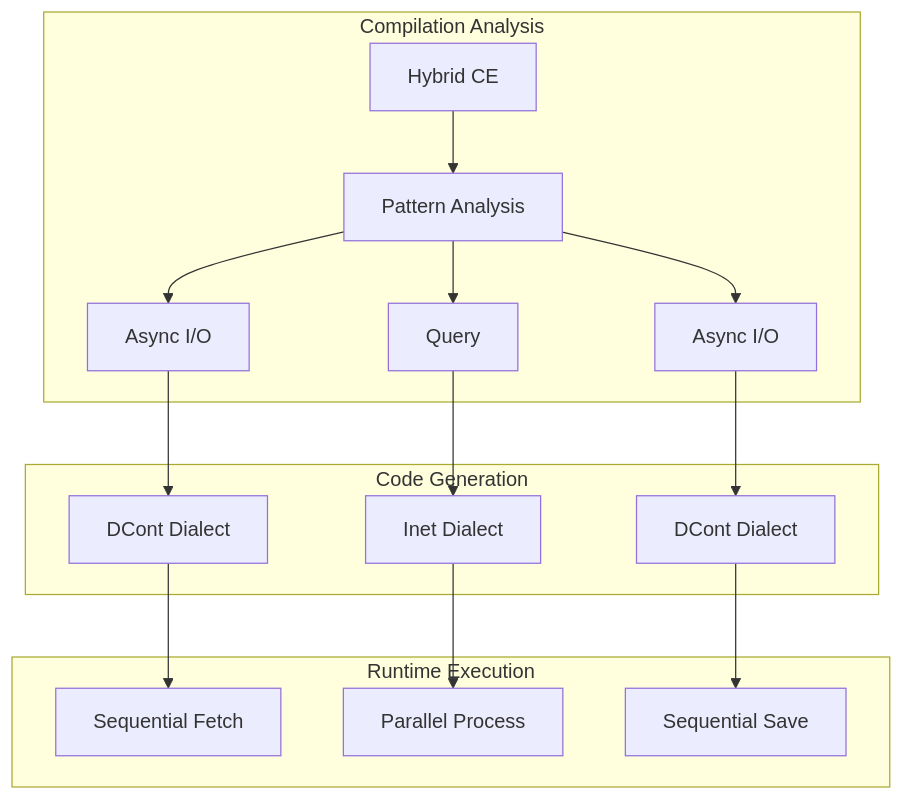
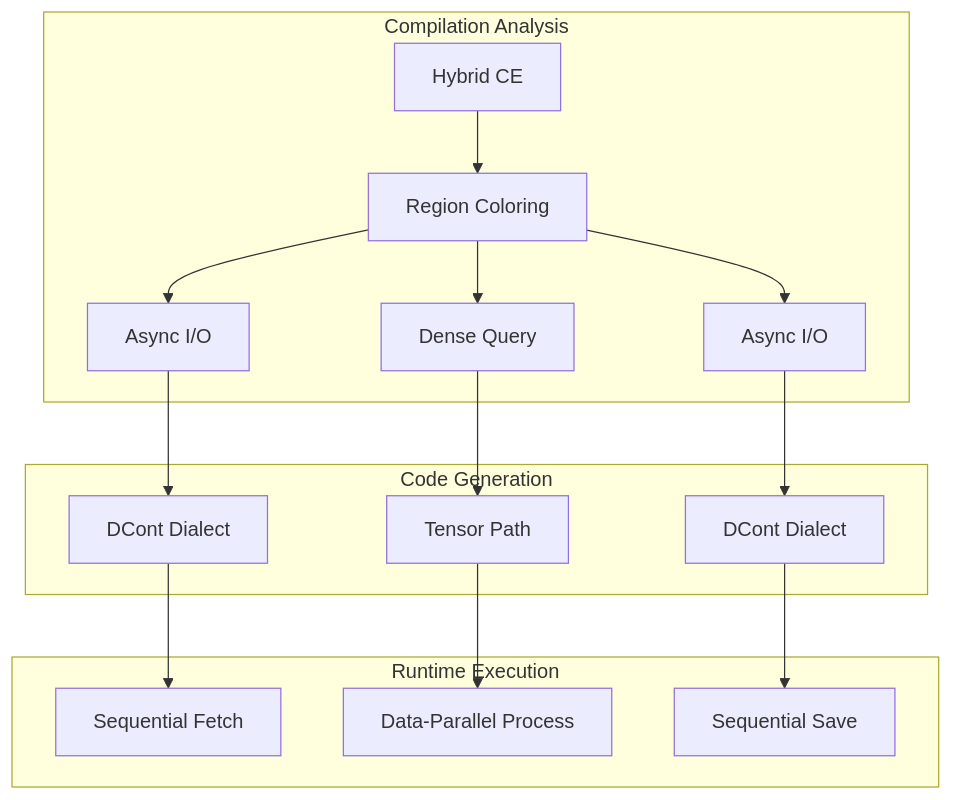
The diagram in hugo/content/docs/design/concurrency/dcont-inet-duality.md (FidelityFramework/clef-lang-site), drawn with Mermaid before and after one commit. The commit also changed other lines of this file and 4 other files, not shown here.

````diff
--- a/hugo/content/docs/design/concurrency/dcont-inet-duality.md
+++ b/hugo/content/docs/design/concurrency/dcont-inet-duality.md
@@ -305,21 +342,21 @@
 ```mermaid
 graph TD
     subgraph "Compilation Analysis"
-        CE[Hybrid CE] --> ANALYZE[Pattern Analysis]
+        CE[Hybrid CE] --> ANALYZE[Region Coloring]
         ANALYZE --> IO1[Async I/O]
-        ANALYZE --> PURE[Query]
+        ANALYZE --> PURE[Dense Query]
         ANALYZE --> IO2[Async I/O]
     end
 
     subgraph "Code Generation"
         IO1 --> DCONT1[DCont Dialect]
-        PURE --> INET[Inet Dialect]
+        PURE --> TENSOR[Tensor Path]
         IO2 --> DCONT2[DCont Dialect]
     end
 
     subgraph "Runtime Execution"
         DCONT1 --> SEQ1[Sequential Fetch]
-        INET --> PAR[Parallel Process]
+        TENSOR --> PAR[Data-Parallel Process]
         DCONT2 --> SEQ2[Sequential Save]
     end
 ```
````
